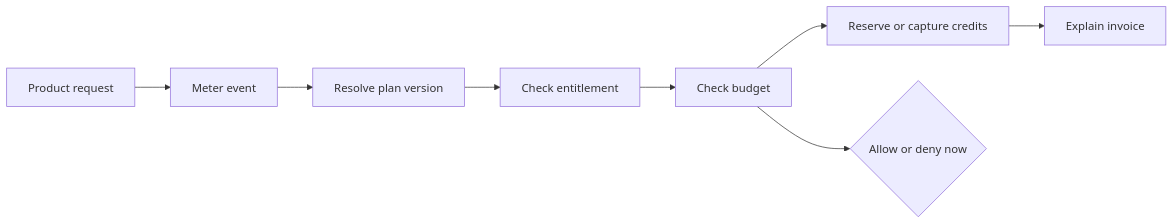
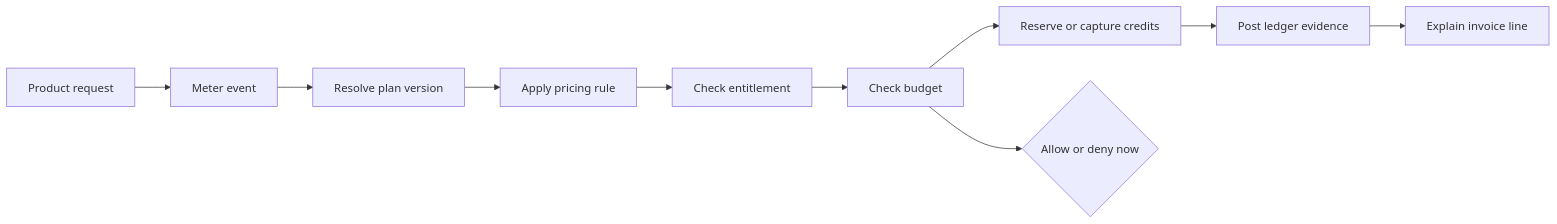
One commit to jhonsfran/unprice changed the diagram in docs/brand/positioning-and-messaging.md. Above: the diagram before and after it, drawn with Mermaid. The commit also changed other lines of this file and 42 other files, not shown here.

````diff
--- a/docs/brand/positioning-and-messaging.md
+++ b/docs/brand/positioning-and-messaging.md
@@ -154,10 +155,12 @@
 ```mermaid
 flowchart LR
   Request["Product request"] --> Meter["Meter event"]
   Meter --> Version["Resolve plan version"]
-  Version --> Entitlement["Check entitlement"]
+  Version --> Pricing["Apply pricing rule"]
+  Pricing --> Entitlement["Check entitlement"]
   Entitlement --> Budget["Check budget"]
   Budget --> Wallet["Reserve or capture credits"]
-  Wallet --> Invoice["Explain invoice"]
+  Wallet --> Ledger["Post ledger evidence"]
+  Ledger --> Invoice["Explain invoice line"]
   Budget --> Decision{"Allow or deny now"}
 ```
````
